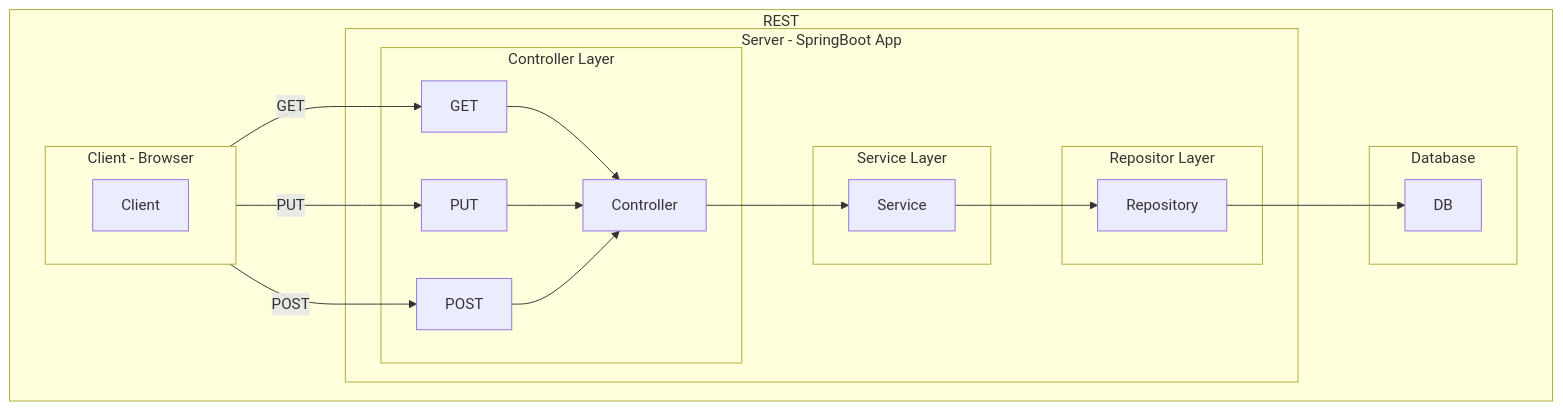
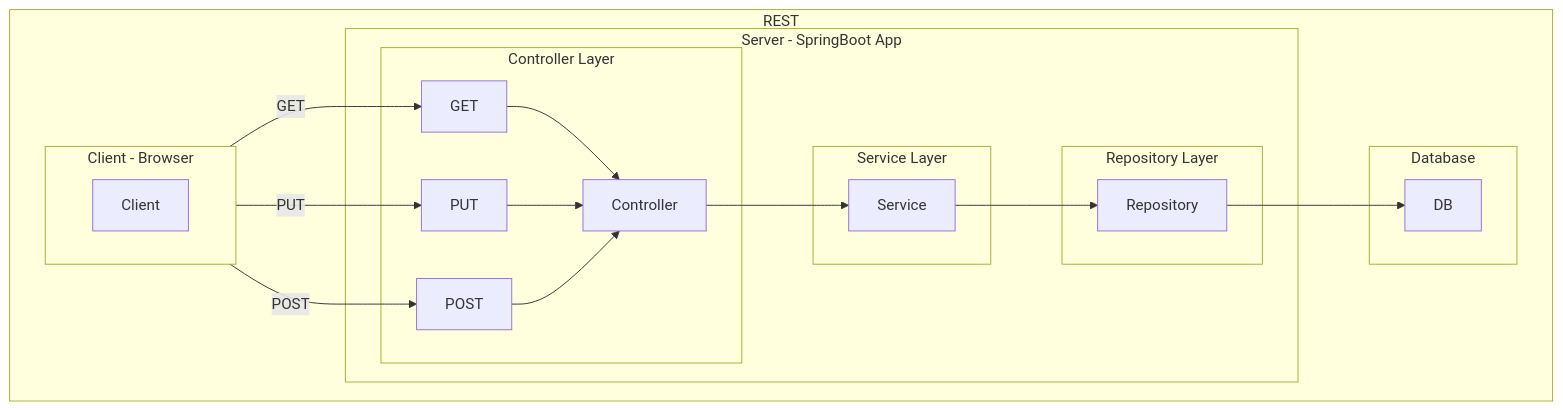
One commit to rumq/spring-boot-in-3-weeks changed the second of 6 diagrams in pages/Week02Notes.md. Above: the diagram before and after it, drawn with Mermaid. The commit also changed other lines of this file, not shown here.

````diff
--- a/pages/Week02Notes.md
+++ b/pages/Week02Notes.md
@@ -206,38 +206,31 @@
 ```mermaid
 flowchart LR
     subgraph "REST"
         direction LR
         subgraph "Server - SpringBoot App"
-
             subgraph "Controller Layer"
-                
-                M1 --> RC[Controller]
-                M2 --> RC
-                M3 --> RC
+                GET --> RC[Controller]
+                PUT --> RC
+                POST --> RC
             end
 
             subgraph "Service Layer"
-
-            Service
-            RC --> Service
-  
+                Service
+               RC --> Service
             end
 
-
-            subgraph "Repositor Layer"
-
+            subgraph "Repository Layer"
                 Service --> R[Repository]
             end
-
         end
         subgraph "Database"
             R --> DB
         end
         subgraph "Client - Browser"
             direction LR
-            C[Client] --> |GET| M1[GET]
-            C[Client] --> |PUT| M2[PUT]
-            C[Client] --> |POST| M3[POST]
+            C[Client] --> |GET| GET[GET]
+            C[Client] --> |PUT| PUT[PUT]
+            C[Client] --> |POST| POST[POST]
         end
     end
 ```
````
